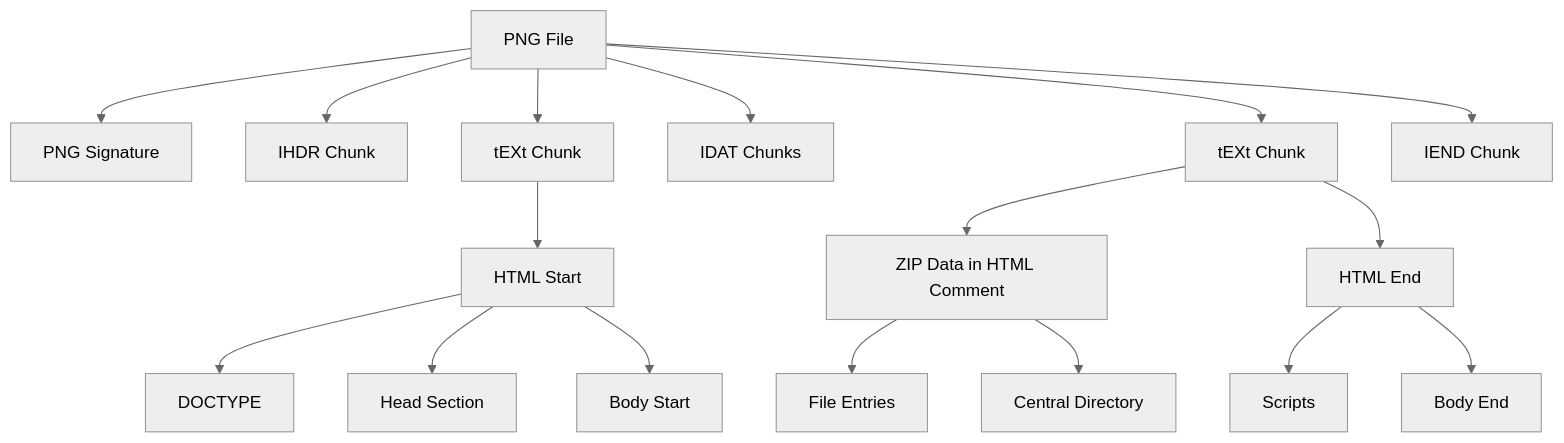
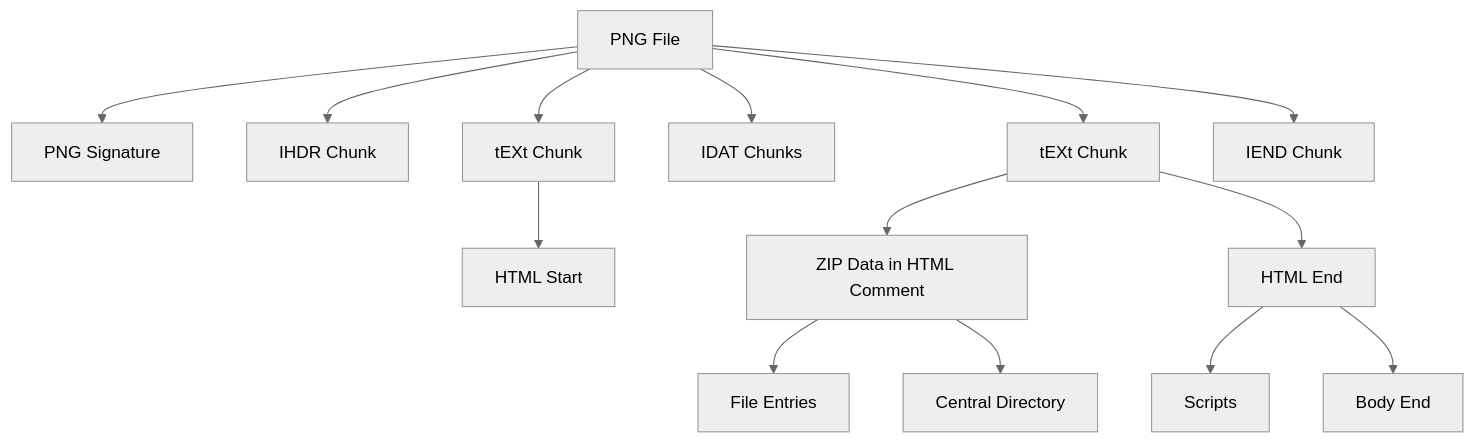
One commit to gildas-lormeau/Polyglot-HTML-ZIP-PNG changed the diagram in SUMMARY.md. Above: the diagram before and after it, drawn with Mermaid (neutral theme).

Commit message:
simplify diagram

````diff
--- a/SUMMARY.md
+++ b/SUMMARY.md
@@ -118,22 +118,19 @@
 ```mermaid
 graph TD
     A[PNG File] --> B[PNG Signature]
     A --> C[IHDR Chunk]
     A --> D[tEXt Chunk]
     A --> E[IDAT Chunks]
     A --> F[tEXt Chunk]
     A --> G[IEND Chunk]
 
     D --> H[HTML Start]
-    H --> I[DOCTYPE]
-    H --> J[Head Section]
-    H --> K[Body Start]
 
     F --> L[ZIP Data in HTML Comment]
     L --> M[File Entries]
     L --> N[Central Directory]
 
     F --> P[HTML End]
     P --> Q[Scripts]
     P --> R[Body End]
 ```
````
